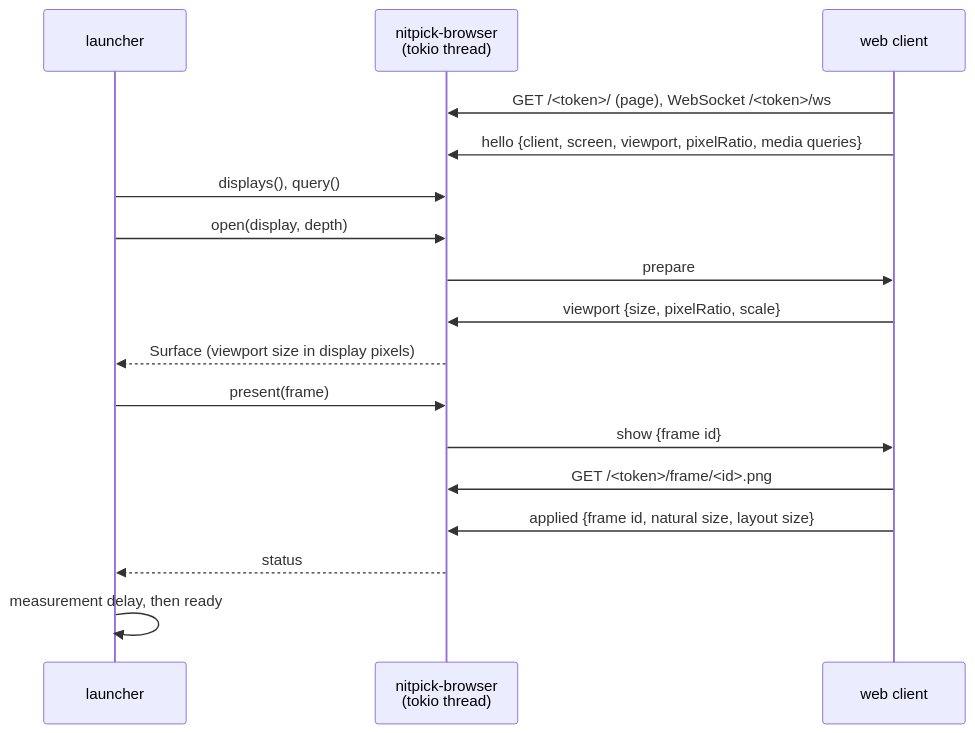
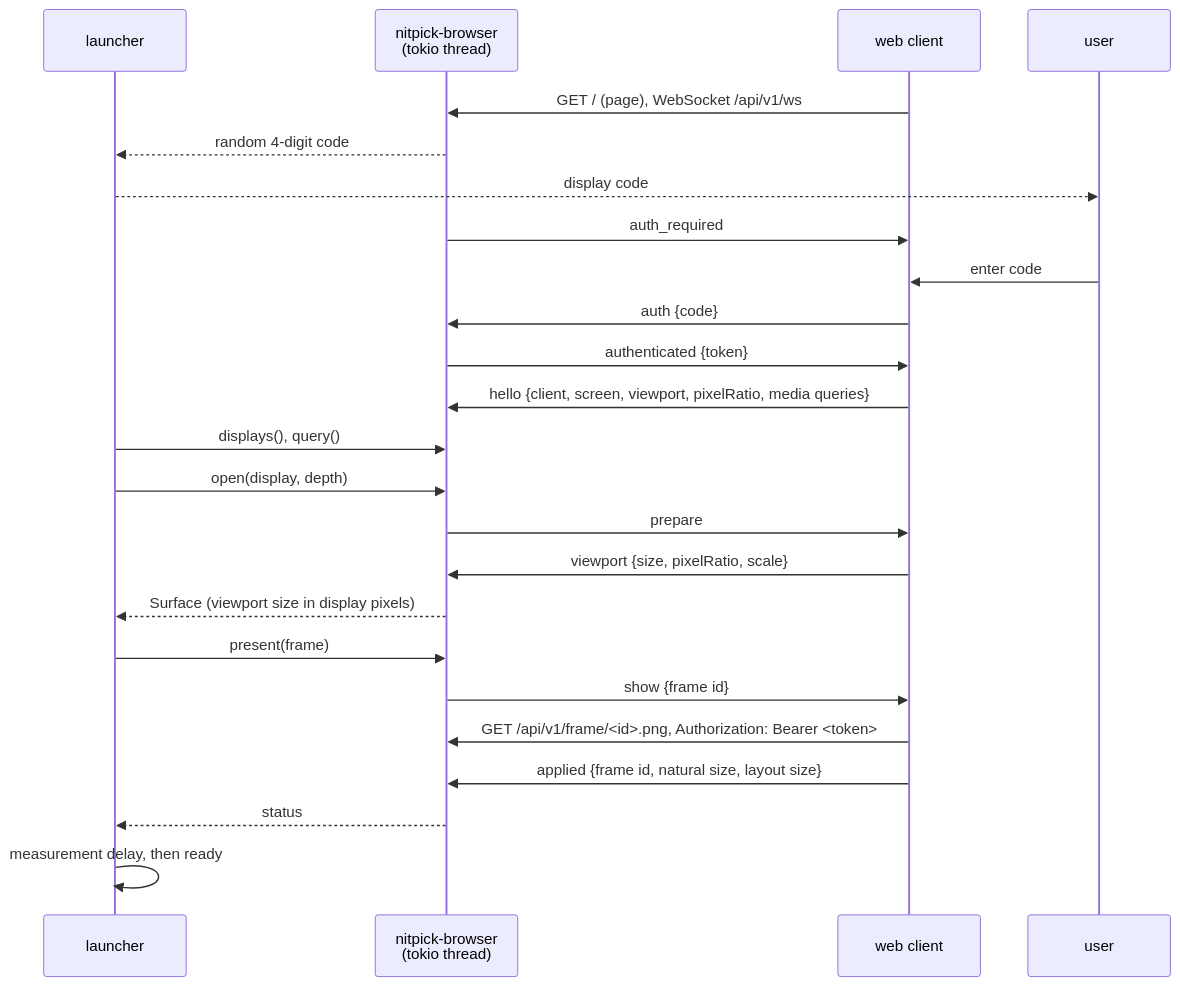
The diagram in doc/design/output_driver/browser.md (Jamesits/nitpick), drawn with Mermaid before and after one commit. The commit also changed other lines of this file, not shown here.

````diff
--- a/doc/design/output_driver/browser.md
+++ b/doc/design/output_driver/browser.md
@@ -16,19 +16,26 @@
 ```mermaid
 sequenceDiagram
     participant L as launcher
     participant S as nitpick-browser<br/>(tokio thread)
     participant C as web client
-    C->>S: GET /<token>/ (page), WebSocket /<token>/ws
+    participant U as user
+    C->>S: GET / (page), WebSocket /api/v1/ws
+    S-->>L: random 4-digit code
+    L-->>U: display code
+    S->>C: auth_required
+    U->>C: enter code
+    C->>S: auth {code}
+    S->>C: authenticated {token}
     C->>S: hello {client, screen, viewport, pixelRatio, media queries}
     L->>S: displays(), query()
     L->>S: open(display, depth)
     S->>C: prepare
     C->>S: viewport {size, pixelRatio, scale}
     S-->>L: Surface (viewport size in display pixels)
     L->>S: present(frame)
     S->>C: show {frame id}
-    C->>S: GET /<token>/frame/<id>.png
+    C->>S: GET /api/v1/frame/<id>.png, Authorization: Bearer <token>
     C->>S: applied {frame id, natural size, layout size}
     S-->>L: status
     L->>L: measurement delay, then ready
 ```
````
